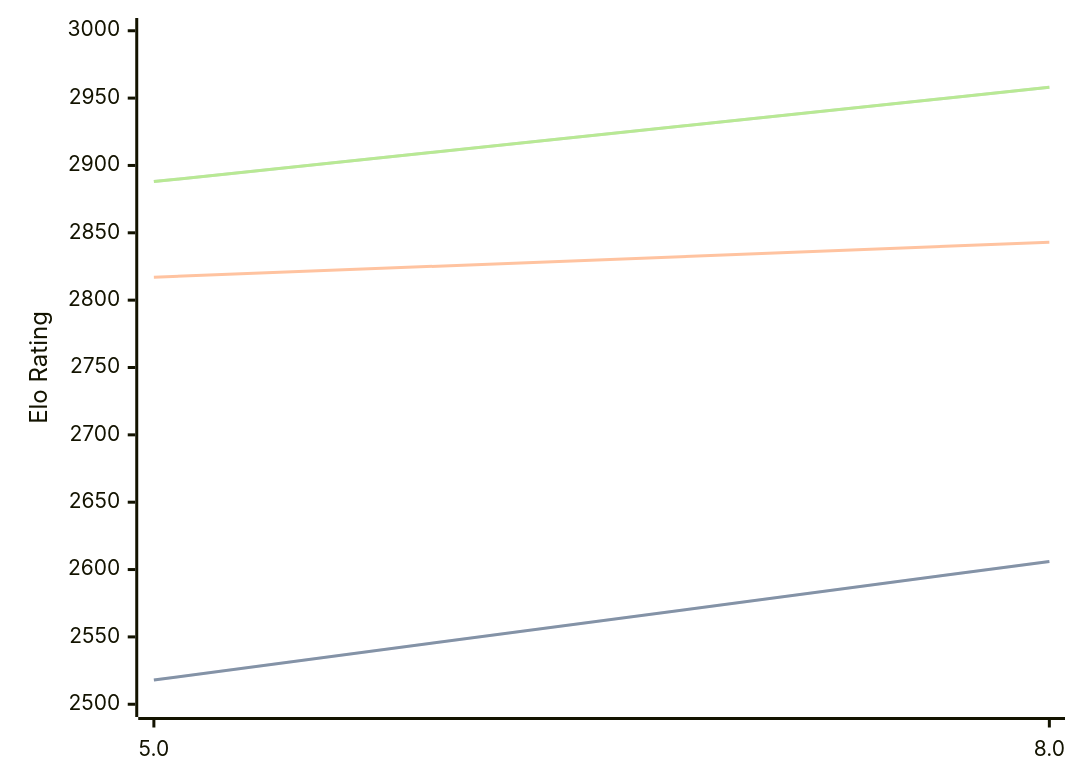
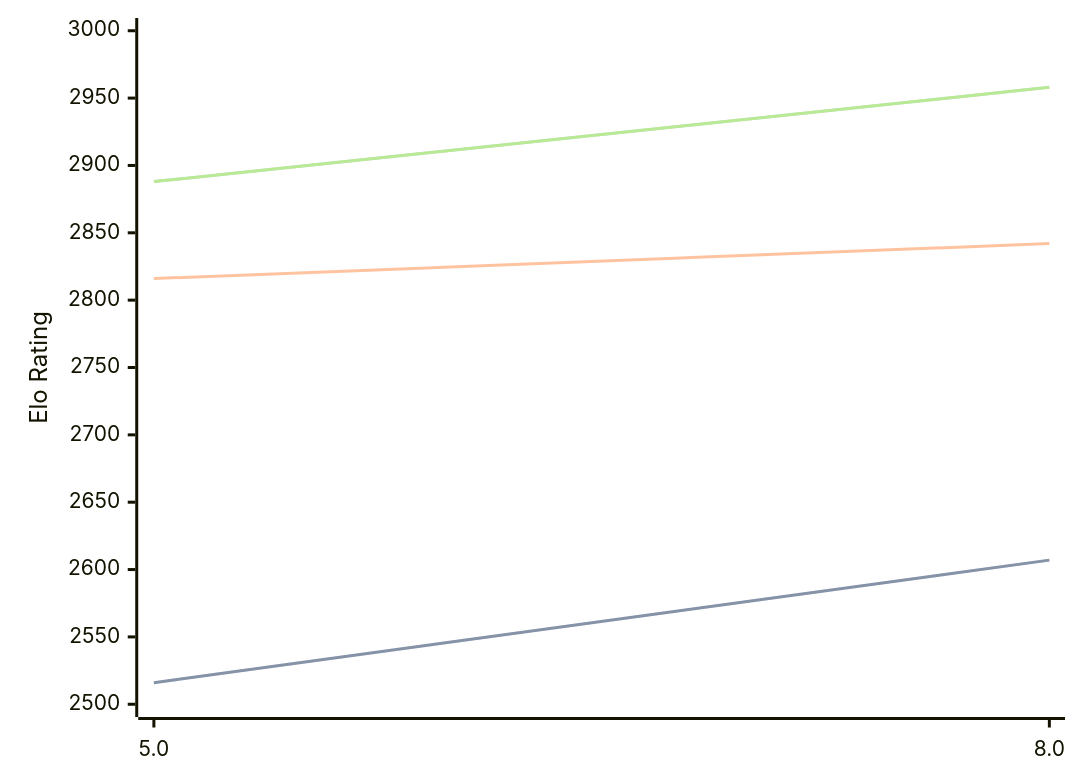
One commit to computer-chess-index/cci changed the diagram in engines/4kc.md. Above: the diagram before and after it, drawn with Mermaid. The commit also changed other lines of this file, not shown here.

Commit message:
Update CCI Ratings (ELO VLTC) - 2026-03-30

````diff
--- a/engines/4kc.md
+++ b/engines/4kc.md
@@ -41,11 +41,11 @@
 ```mermaid
 %%{init: {"theme":"base","themeVariables":{"seriesColors:['#a3a3a3','#222221','#faa371']}}}%%
 xychart-beta
   x-axis ["5.0", "8.0"]
   y-axis "Elo Rating" 2500 --> 3000
-  line "STC (8.0+0.08s)" [2518, 2606]
-  line "STC (8.0+0.08s)" [2518, 2606]
-  line "LTC (60.0+0.60s)" [2817, 2843]
+  line "STC (8.0+0.08s)" [2516, 2607]
+  line "STC (8.0+0.08s)" [2516, 2607]
+  line "LTC (60.0+0.60s)" [2816, 2842]
   line "VLTC (2m24s+1.12s)" [2888, 2958]
   line "VLTC (2m24s+1.12s)" [2888, 2958]
 ```
````
